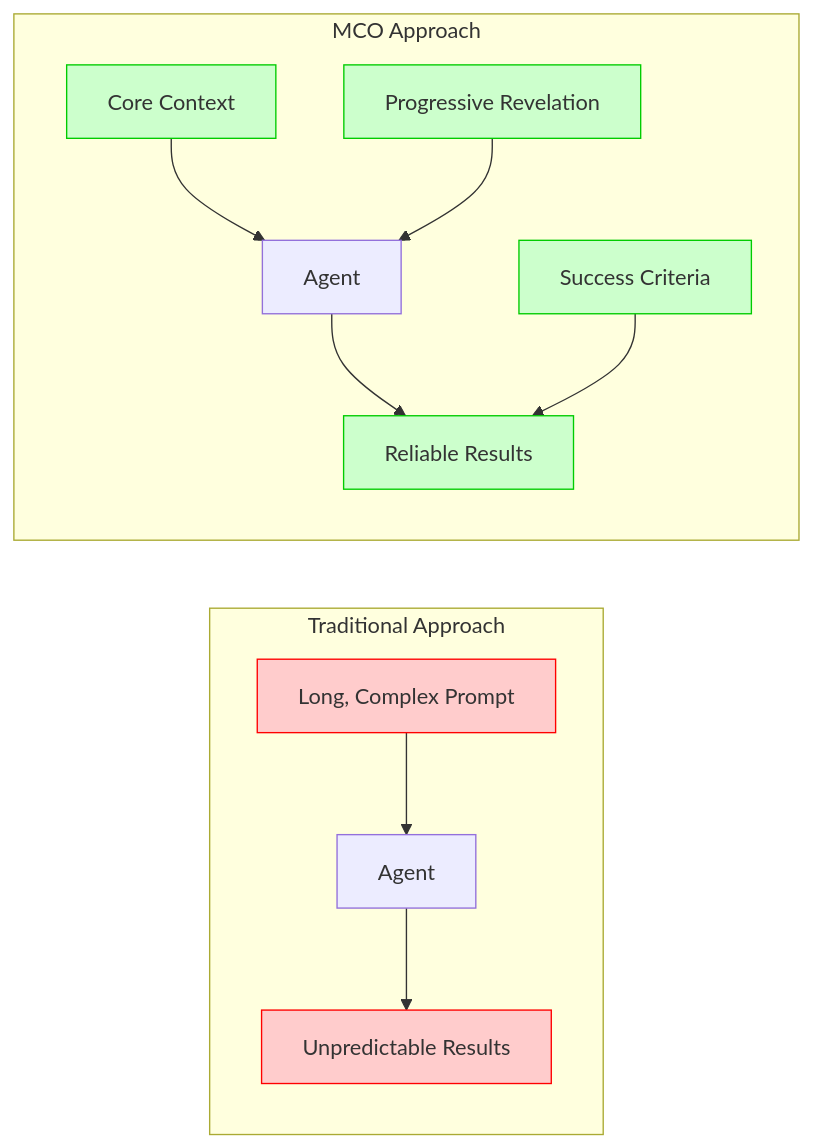
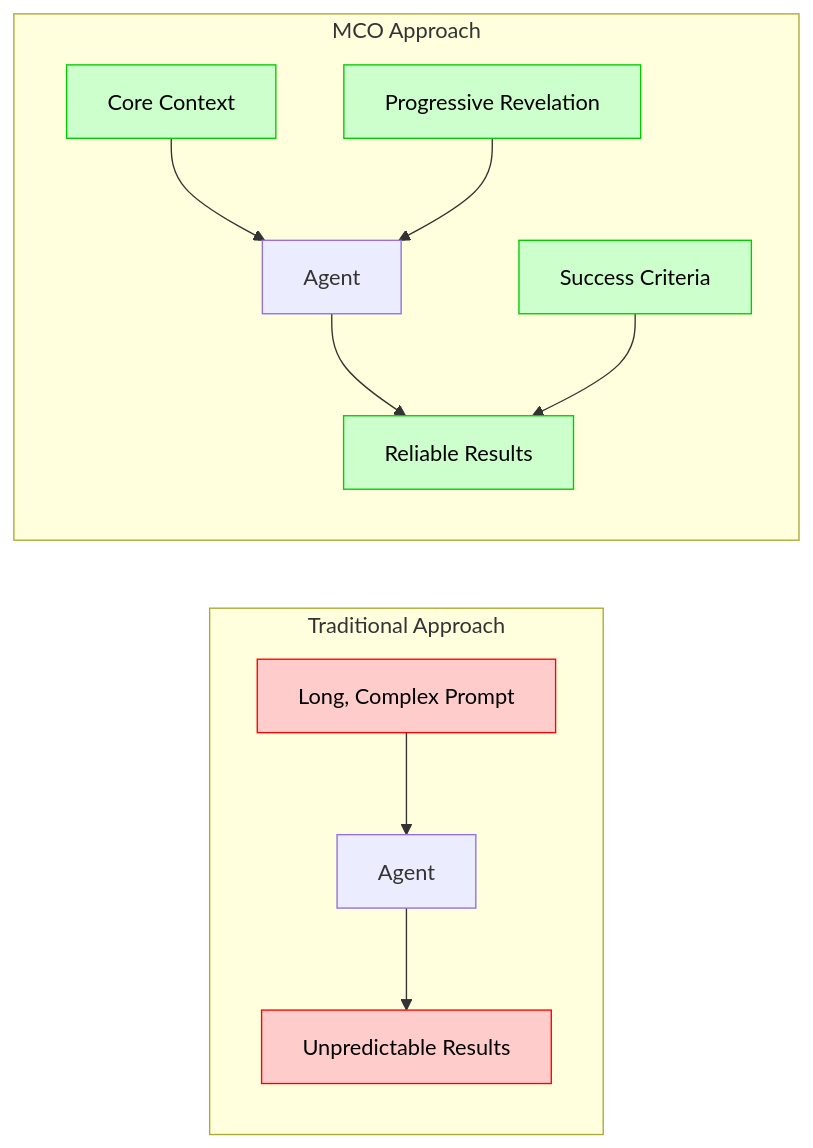
Before and after one commit to paradiselabs-ai/MCO-Protocol: the first of 4 diagrams in docs/documentation.md, drawn with Mermaid.

````diff
--- a/docs/documentation.md
+++ b/docs/documentation.md
@@ -21,21 +21,21 @@
 ```mermaid
 flowchart LR
     subgraph "Traditional Approach"
         A1[Long, Complex Prompt] --> B1[Agent]
         B1 --> C1[Unpredictable Results]
     end
     
     subgraph "MCO Approach"
         A2[Core Context] --> B2[Agent]
         D2[Progressive Revelation] --> B2
         B2 --> C2[Reliable Results]
         E2[Success Criteria] --> C2
     end
     
-    style A1 fill:#ffcccc,stroke:#ff0000
-    style C1 fill:#ffcccc,stroke:#ff0000
-    style A2 fill:#ccffcc,stroke:#00cc00
-    style D2 fill:#ccffcc,stroke:#00cc00
-    style E2 fill:#ccffcc,stroke:#00cc00
-    style C2 fill:#ccffcc,stroke:#00cc00
+    style A1 fill:#ffcccc,stroke:#ff0000,color:#000000
+    style C1 fill:#ffcccc,stroke:#ff0000,color:#000000
+    style A2 fill:#ccffcc,stroke:#00cc00,color:#000000
+    style D2 fill:#ccffcc,stroke:#00cc00,color:#000000
+    style E2 fill:#ccffcc,stroke:#00cc00,color:#000000
+    style C2 fill:#ccffcc,stroke:#00cc00,color:#000000
 ```
````
